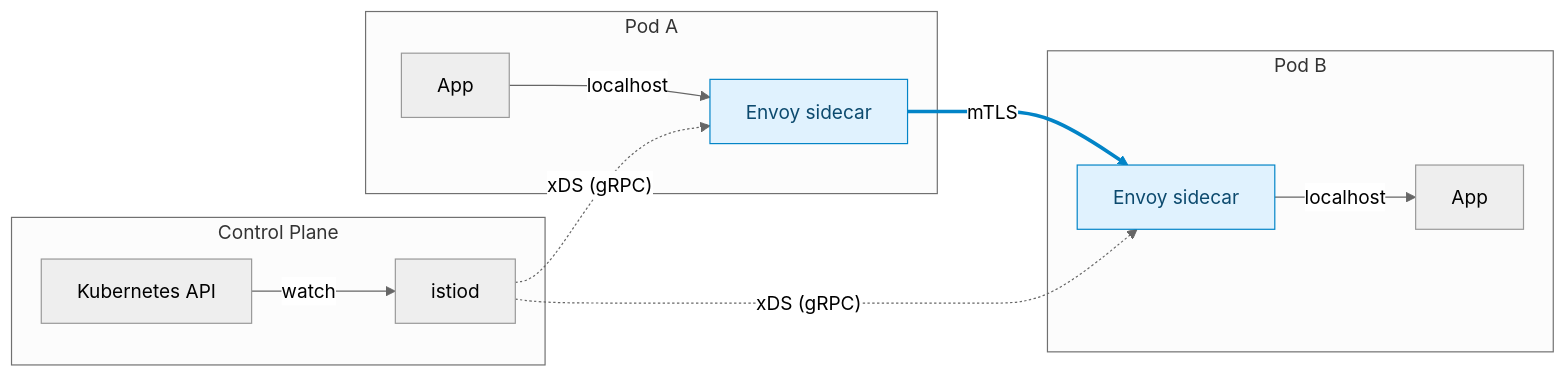
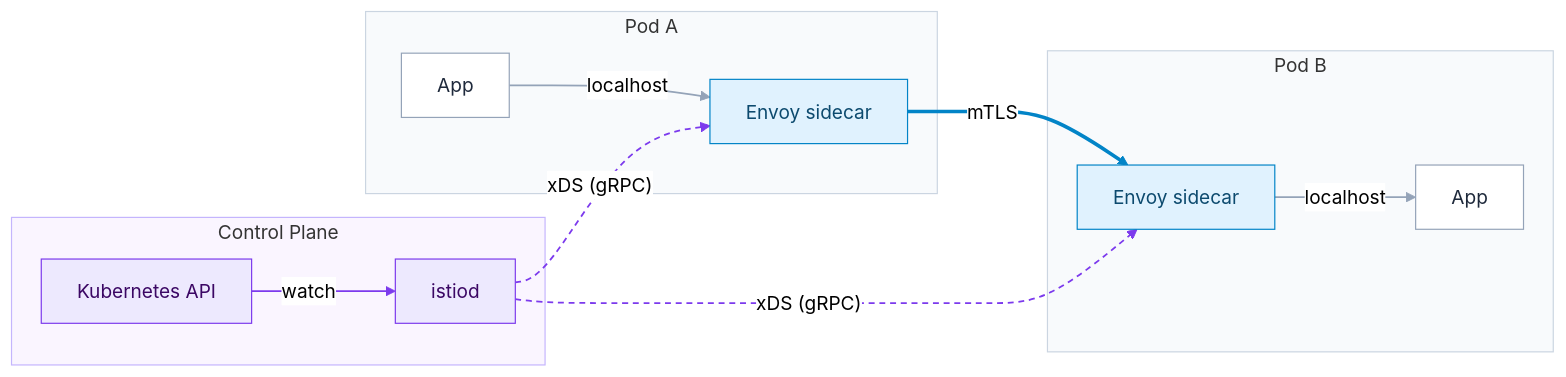
The first of 6 diagrams in content/posts/2026-09-26-istio-envoy-xds/index.md (ChanghwanK/ChanghwanK.github.io), drawn with Mermaid (neutral theme) before and after one commit. The commit also changed other lines of this file, not shown here.

First line of the commit message:
content(blog): restore colored flowcharts, keep sequence diagrams plain

````diff
--- a/content/posts/2026-09-26-istio-envoy-xds/index.md
+++ b/content/posts/2026-09-26-istio-envoy-xds/index.md
@@ -22,19 +22,30 @@
 ```mermaid
 flowchart LR
   subgraph CP["Control Plane"]
     K8S["Kubernetes API"] -->|watch| ISTIOD["istiod"]
   end
   subgraph PodA["Pod A"]
     AppA["App"] -->|localhost| EnvoyA["Envoy sidecar"]
   end
   subgraph PodB["Pod B"]
     EnvoyB["Envoy sidecar"] -->|localhost| AppB["App"]
   end
   ISTIOD -.->|"xDS (gRPC)"| EnvoyA
   ISTIOD -.->|"xDS (gRPC)"| EnvoyB
   EnvoyA ==>|mTLS| EnvoyB
 
-  classDef accent fill:#e0f2fe,stroke:#0284c7,color:#0c4a6e
-  class EnvoyA,EnvoyB accent
+  classDef control fill:#ede9fe,stroke:#7c3aed,color:#3b0764
+  classDef proxy fill:#e0f2fe,stroke:#0284c7,color:#0c4a6e
+  classDef app fill:#ffffff,stroke:#94a3b8,color:#1e293b
+  class K8S,ISTIOD control
+  class EnvoyA,EnvoyB proxy
+  class AppA,AppB app
+  style CP fill:#faf5ff,stroke:#c4b5fd
+  style PodA fill:#f8fafc,stroke:#cbd5e1
+  style PodB fill:#f8fafc,stroke:#cbd5e1
+
+  linkStyle 0 stroke:#7c3aed,stroke-width:1.5px
+  linkStyle 1,2 stroke:#94a3b8,stroke-width:1.5px
+  linkStyle 3,4 stroke:#7c3aed,stroke-width:1.5px,stroke-dasharray:5 4
   linkStyle 5 stroke:#0284c7,stroke-width:3px
 ```
````
